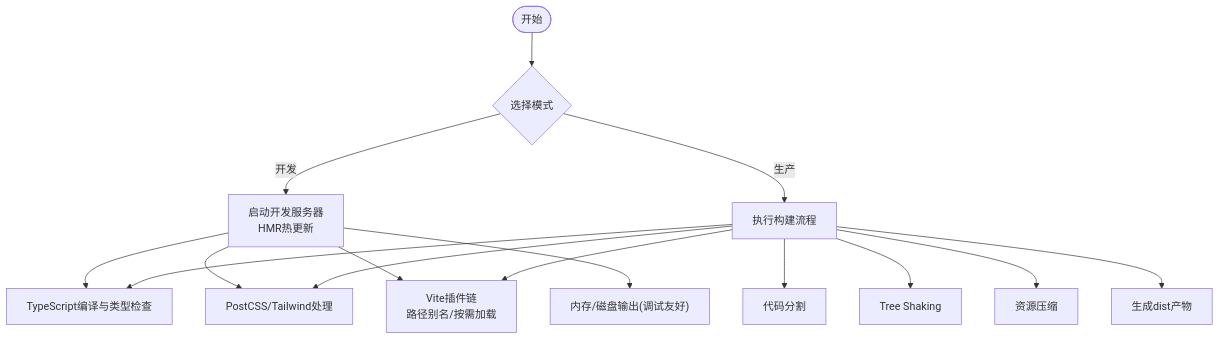
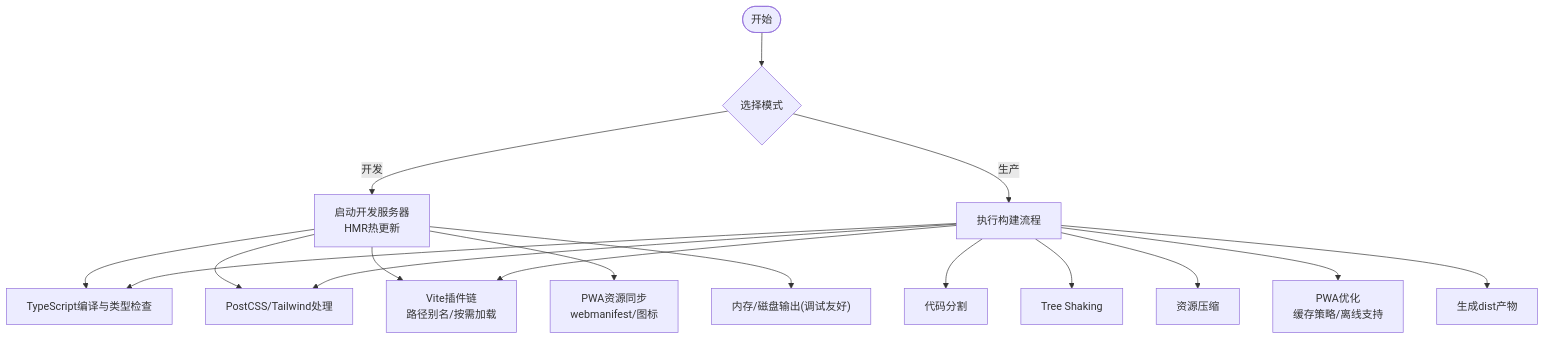
Before and after one commit to Damao997/newproject: the second of 4 diagrams in .qoder/repowiki/zh/content/构建与部署/构建配置详解.md, drawn with Mermaid. The commit also changed other lines of this file and 23 other files, not shown here.

````diff
--- a/.qoder/repowiki/zh/content/构建与部署/构建配置详解.md
+++ b/.qoder/repowiki/zh/content/构建与部署/构建配置详解.md
@@ -89,17 +109,19 @@
 ```mermaid
 flowchart TD
 Start(["开始"]) --> DevOrBuild{"选择模式"}
 DevOrBuild --> |开发| DevServer["启动开发服务器<br/>HMR热更新"]
 DevOrBuild --> |生产| Build["执行构建流程"]
 DevServer --> TSCompile["TypeScript编译与类型检查"]
 DevServer --> CSSProcess["PostCSS/Tailwind处理"]
 DevServer --> VitePlugins["Vite插件链<br/>路径别名/按需加载"]
+DevServer --> PWASync["PWA资源同步<br/>webmanifest/图标"]
 DevServer --> OutputDev["内存/磁盘输出(调试友好)"]
 Build --> TSCompile
 Build --> CSSProcess
 Build --> VitePlugins
 Build --> CodeSplit["代码分割"]
 Build --> TreeShake["Tree Shaking"]
 Build --> Minify["资源压缩"]
+Build --> PWAOptimize["PWA优化<br/>缓存策略/离线支持"]
 Build --> OutputProd["生成dist产物"]
 ```
````
